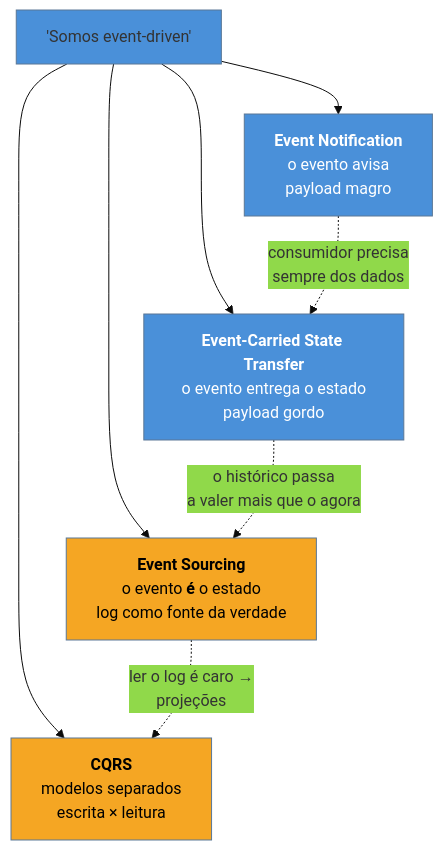
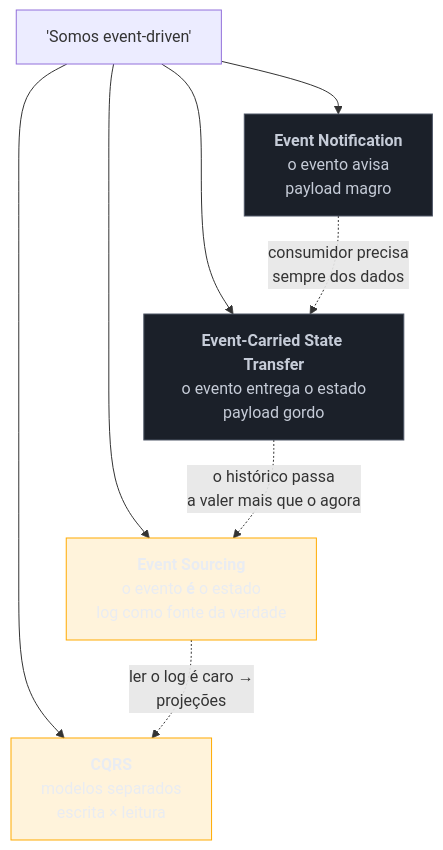
One commit to josenaldo/codex-technomanticus changed the diagram in 03-Dominios/Engenharia/Design de Software/Padrões de Projeto/Arquitetura de Eventos/01 - Panorama da arquitetura de eventos.md. Above: the diagram before and after it, drawn with Mermaid. The commit also changed 1181 other files, not shown here.

First line of the commit message:
fix(diagramas): paleta do sistema no lugar de cor cravada no markdown

````diff
--- a/03-Dominios/Engenharia/Design de Software/Padrões de Projeto/Arquitetura de Eventos/01 - Panorama da arquitetura de eventos.md
+++ b/03-Dominios/Engenharia/Design de Software/Padrões de Projeto/Arquitetura de Eventos/01 - Panorama da arquitetura de eventos.md
@@ -65,17 +65,18 @@
 ```mermaid
-%%{init: {"theme": "base", "themeVariables": {"primaryColor": "#4A90D9"}}}%%
 graph TD
+    classDef neutro fill:#1B2029,stroke:#4E5666,color:#C6CCD8
+    classDef destaque fill:#FFAA0024,stroke:#FFAA00,color:#E9ECF2
     E["'Somos event-driven'"] --> A["<b>Event Notification</b><br/>o evento avisa<br/>payload magro"]
     E --> B["<b>Event-Carried State Transfer</b><br/>o evento entrega o estado<br/>payload gordo"]
     E --> C["<b>Event Sourcing</b><br/>o evento <b>é</b> o estado<br/>log como fonte da verdade"]
     E --> D["<b>CQRS</b><br/>modelos separados<br/>escrita × leitura"]
 
     A -.->|"consumidor precisa<br/>sempre dos dados"| B
     B -.->|"o histórico passa<br/>a valer mais que o agora"| C
     C -.->|"ler o log é caro →<br/>projeções"| D
 
-    style A fill:#4A90D9,color:#fff
-    style B fill:#4A90D9,color:#fff
-    style C fill:#F5A623,color:#000
-    style D fill:#F5A623,color:#000
+    class A neutro
+    class B neutro
+    class C destaque
+    class D destaque
 ```
````
